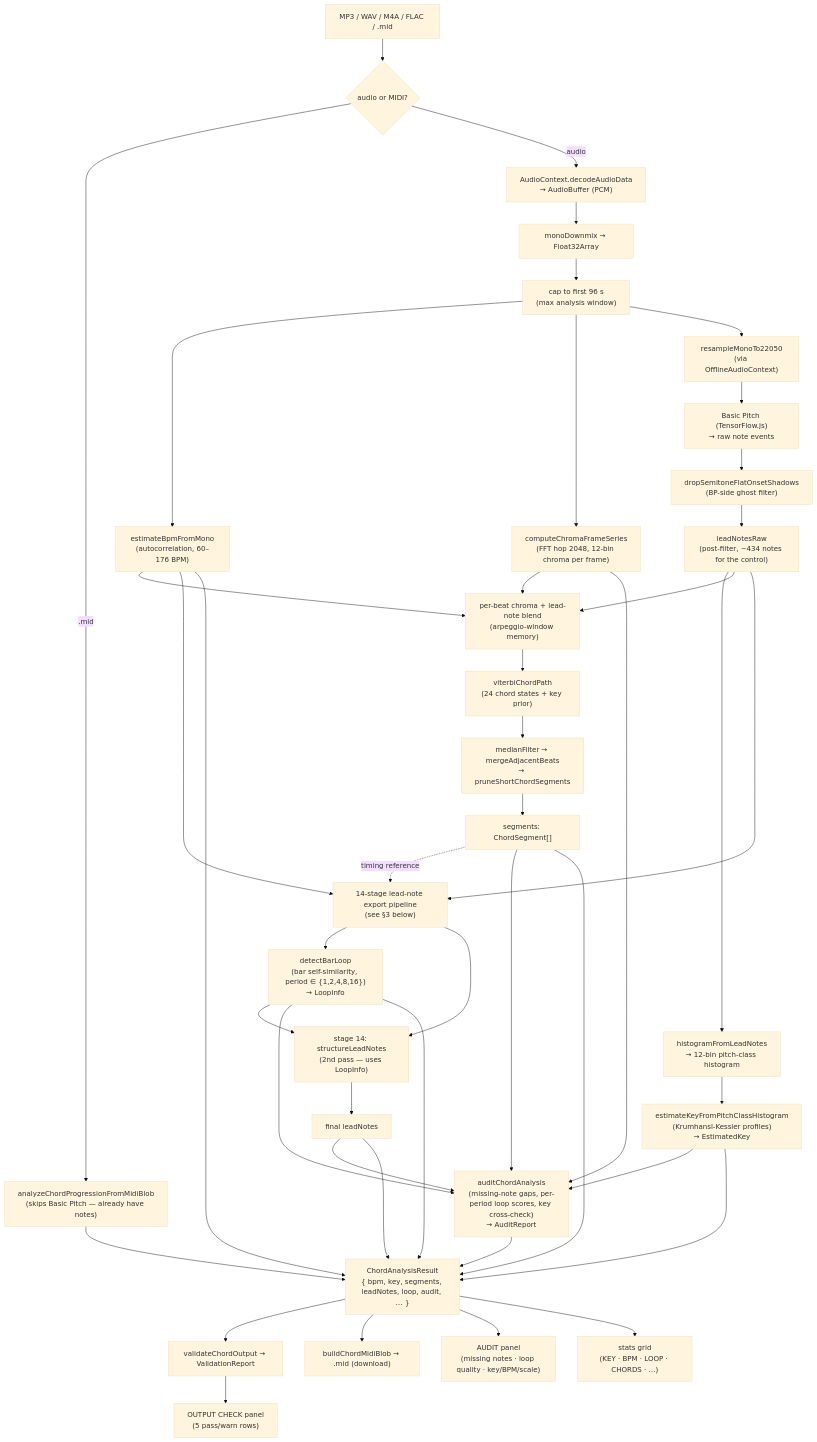
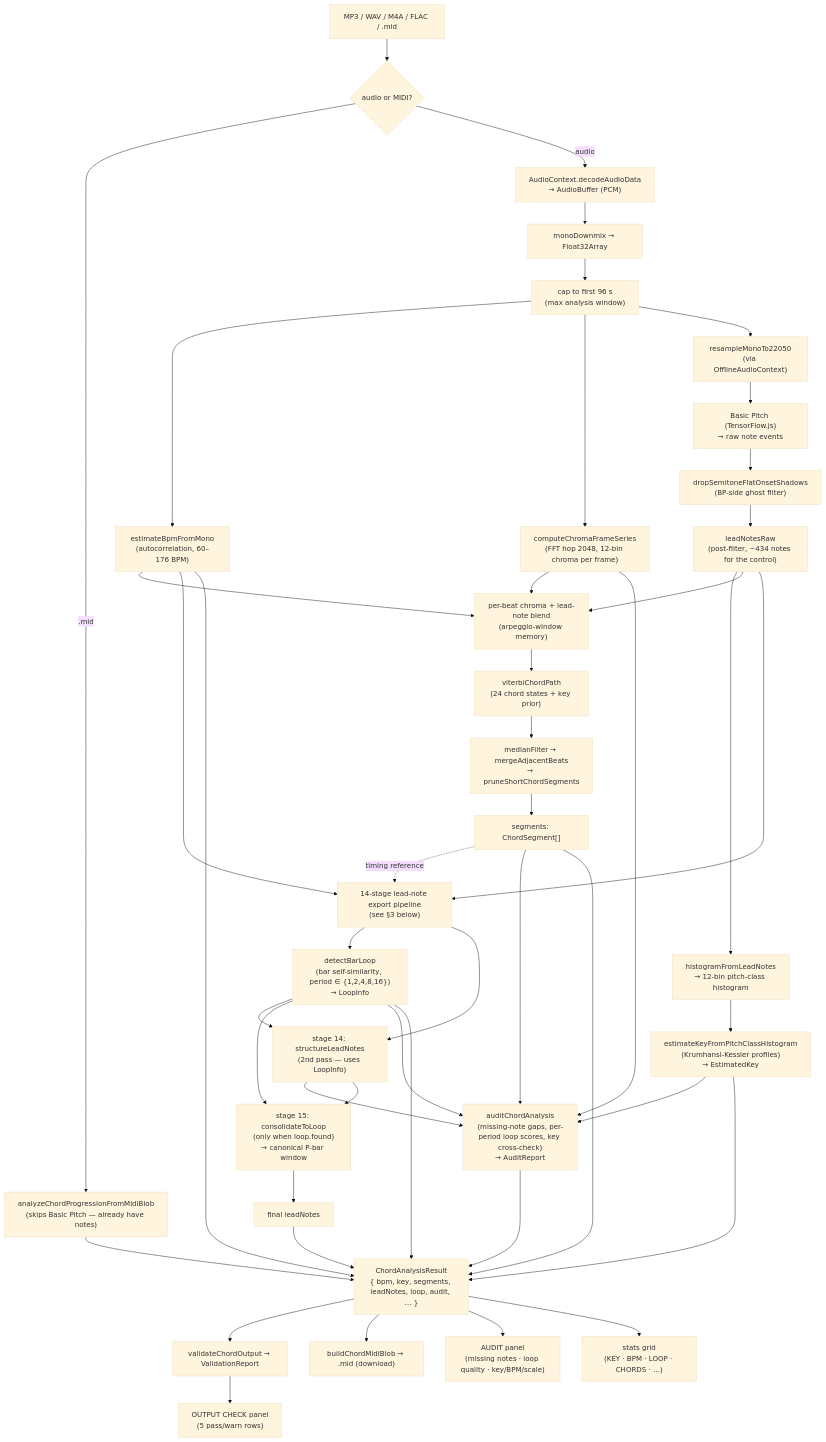
The first of 3 diagrams in docs/chord-detector-pipeline.md (samuelsanchez175-oss/dashboard-ui-x), drawn with Mermaid (base theme) before and after one commit. The commit also changed other lines of this file, not shown here.

First line of the commit message:
docs(chord-detector): pipeline map — stage 15 loop-consensus is live

````diff
--- a/docs/chord-detector-pipeline.md
+++ b/docs/chord-detector-pipeline.md
@@ -9,55 +9,57 @@
 ```mermaid
 flowchart TD
     IN["MP3 / WAV / M4A / FLAC / .mid"]
     IN --> ROUTE{"audio or MIDI?"}
     ROUTE -- ".mid" --> MIDIPATH["analyzeChordProgressionFromMidiBlob<br/>(skips Basic Pitch — already have notes)"]
     ROUTE -- "audio" --> DECODE["AudioContext.decodeAudioData<br/>→ AudioBuffer (PCM)"]
     DECODE --> MONO["monoDownmix → Float32Array"]
     MONO --> CAP["cap to first 96 s<br/>(max analysis window)"]
 
     CAP --> BPM["estimateBpmFromMono<br/>(autocorrelation, 60–176 BPM)"]
     CAP --> CHROMA["computeChromaFrameSeries<br/>(FFT hop 2048, 12-bin chroma per frame)"]
     CAP --> RESAMPLE["resampleMonoTo22050<br/>(via OfflineAudioContext)"]
     RESAMPLE --> BP["Basic Pitch (TensorFlow.js)<br/>→ raw note events"]
     BP --> GHOST["dropSemitoneFlatOnsetShadows<br/>(BP-side ghost filter)"]
     GHOST --> RAW["leadNotesRaw<br/>(post-filter, ~434 notes for the control)"]
 
     RAW --> HIST["histogramFromLeadNotes<br/>→ 12-bin pitch-class histogram"]
     HIST --> KEY["estimateKeyFromPitchClassHistogram<br/>(Krumhansl-Kessler profiles)<br/>→ EstimatedKey"]
 
     CHROMA --> BLEND
     RAW --> BLEND["per-beat chroma + lead-note blend<br/>(arpeggio-window memory)"]
     BPM --> BLEND
     BLEND --> VITERBI["viterbiChordPath<br/>(24 chord states + key prior)"]
     VITERBI --> SMOOTH["medianFilter → mergeAdjacentBeats<br/>→ pruneShortChordSegments"]
     SMOOTH --> SEG["segments: ChordSegment[]"]
 
     RAW --> EXPORT["14-stage lead-note export pipeline<br/>(see §3 below)"]
     BPM --> EXPORT
     SEG -. timing reference .-> EXPORT
     EXPORT --> LOOP["detectBarLoop<br/>(bar self-similarity, period ∈ {1,2,4,8,16})<br/>→ LoopInfo"]
     EXPORT --> STRUCT["stage 14: structureLeadNotes<br/>(2nd pass — uses LoopInfo)"]
     LOOP --> STRUCT
-    STRUCT --> LEAD["final leadNotes"]
+    STRUCT --> AUDIT
+    STRUCT --> CONSOL["stage 15: consolidateToLoop<br/>(only when loop.found)<br/>→ canonical P-bar window"]
+    LOOP --> CONSOL
+    CONSOL --> LEAD["final leadNotes"]
 
     CHROMA --> AUDIT["auditChordAnalysis<br/>(missing-note gaps, per-period loop scores, key cross-check)<br/>→ AuditReport"]
-    LEAD --> AUDIT
     SEG --> AUDIT
     KEY --> AUDIT
     LOOP --> AUDIT
 
     LEAD --> RESULT
     SEG --> RESULT["ChordAnalysisResult<br/>{ bpm, key, segments, leadNotes, loop, audit, … }"]
     KEY --> RESULT
     BPM --> RESULT
     LOOP --> RESULT
     AUDIT --> RESULT
     MIDIPATH --> RESULT
 
     RESULT --> VAL["validateChordOutput → ValidationReport"]
     RESULT --> MIDI["buildChordMidiBlob → .mid (download)"]
 
     VAL --> PANEL["OUTPUT CHECK panel<br/>(5 pass/warn rows)"]
     RESULT --> APANEL["AUDIT panel<br/>(missing notes · loop quality · key/BPM/scale)"]
     RESULT --> STATS["stats grid<br/>(KEY · BPM · LOOP · CHORDS · …)"]
 ```
````
